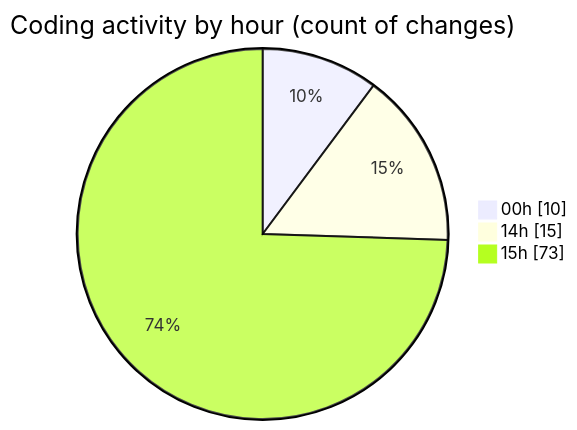
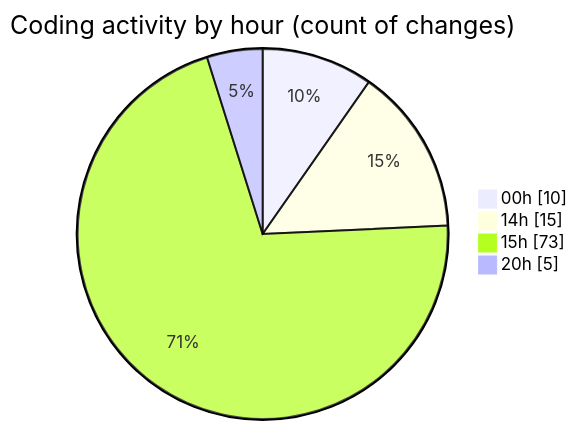
The second of 2 diagrams in 2025-04-07/echo/README.md (Netris89/code-tracking), drawn with Mermaid before and after one commit. The commit also changed other lines of this file and 1 other file, not shown here.

````diff
--- a/2025-04-07/echo/README.md
+++ b/2025-04-07/echo/README.md
@@ -40,7 +40,8 @@
 ```mermaid
 pie showData
 title Coding activity by hour (count of changes)
 "00h" : 10
 "14h" : 15
 "15h" : 73
+"20h" : 5
 ```
````
